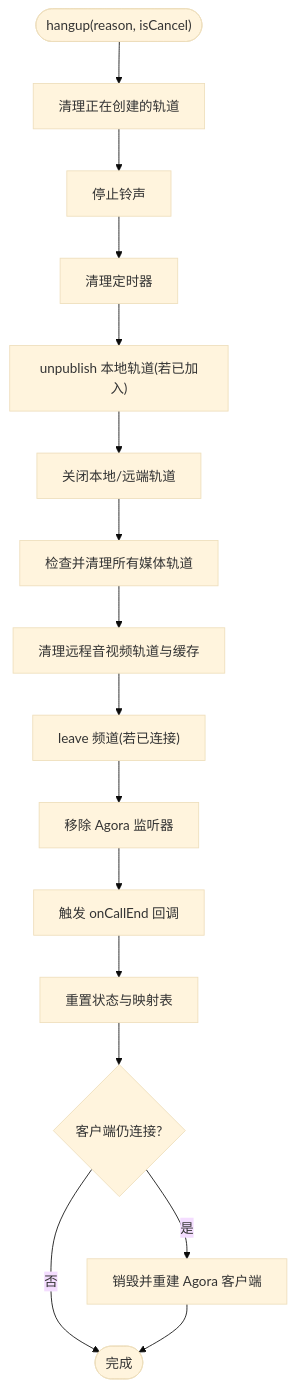
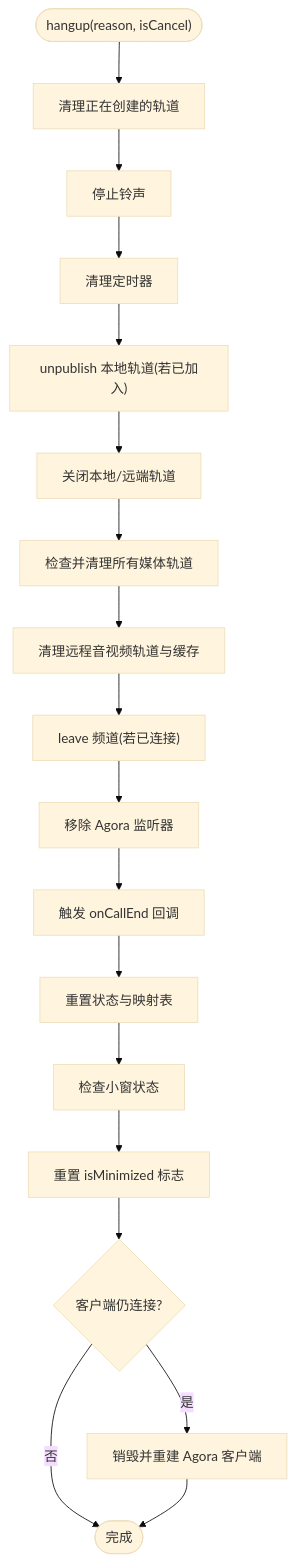
Before and after one commit to Easemob-Community/easemob-uikit-callkit-vue3: the sixth of 10 diagrams in .qoder/repowiki/zh/content/服务层/通话服务 (CallService).md, drawn with Mermaid (base theme). The commit also changed other lines of this file and 58 other files, not shown here.

````diff
--- a/.qoder/repowiki/zh/content/服务层/通话服务 (CallService).md
+++ b/.qoder/repowiki/zh/content/服务层/通话服务 (CallService).md
@@ -368,18 +403,20 @@
 ```mermaid
 flowchart TD
 Enter(["hangup(reason, isCancel)"]) --> CleanCreating["清理正在创建的轨道"]
 CleanCreating --> StopRing["停止铃声"]
 StopRing --> ClearTimers["清理定时器"]
 ClearTimers --> Unpublish["unpublish 本地轨道(若已加入)"]
 Unpublish --> CloseTracks["关闭本地/远端轨道"]
 CloseTracks --> CleanupMedia["检查并清理所有媒体轨道"]
 CleanupMedia --> RemoteClean["清理远程音视频轨道与缓存"]
 RemoteClean --> Leave["leave 频道(若已连接)"]
 Leave --> RemoveListeners["移除 Agora 监听器"]
 RemoveListeners --> Notify["触发 onCallEnd 回调"]
 Notify --> Reset["重置状态与映射表"]
-Reset --> RecreateClient{"客户端仍连接?"}
+Reset --> MinimizeCheck["检查小窗状态"]
+MinimizeCheck --> ResetMinimize["重置 isMinimized 标志"]
+ResetMinimize --> RecreateClient{"客户端仍连接?"}
 RecreateClient --> |是| DestroyClient["销毁并重建 Agora 客户端"]
 RecreateClient --> |否| End(["完成"])
 DestroyClient --> End
 ```
````
